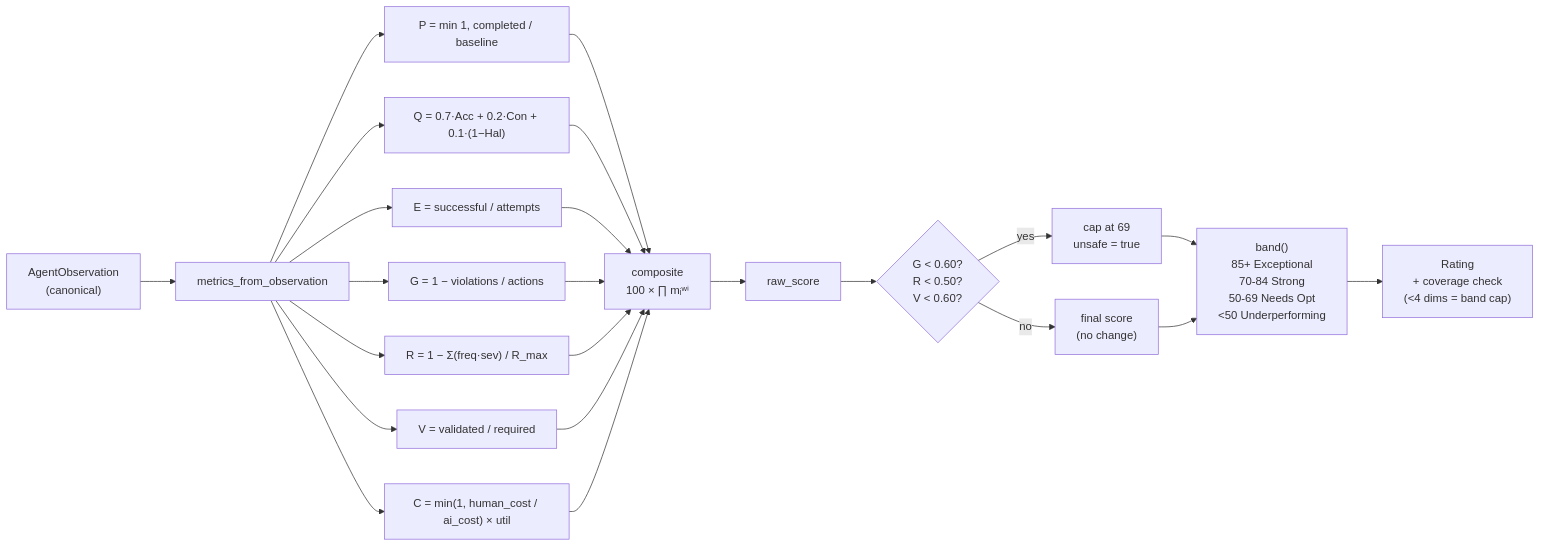
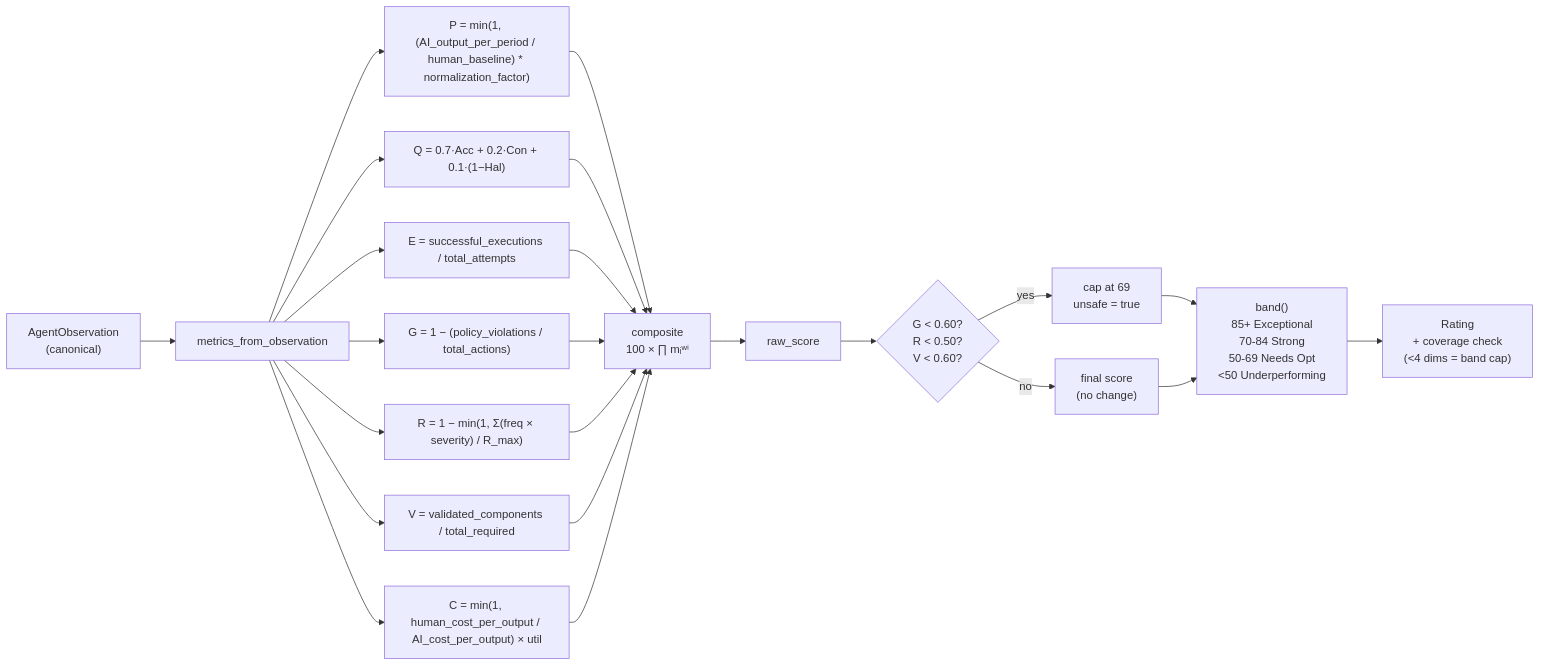
One commit to phanindraintelligenzit-afk/widget changed the fourth of 6 diagrams in README.md. Above: the diagram before and after it, drawn with Mermaid. The commit also changed other lines of this file and 11 other files, not shown here.

````diff
--- a/README.md
+++ b/README.md
@@ -467,31 +467,31 @@
 ```mermaid
 flowchart LR
     Obs["AgentObservation<br/>(canonical)"] --> Pull["metrics_from_observation"]
 
-    Pull --> P["P = min 1, completed / baseline"]
+    Pull --> P["P = min(1, (AI_output_per_period / human_baseline) * normalization_factor)"]
     Pull --> Q["Q = 0.7·Acc + 0.2·Con + 0.1·(1−Hal)"]
-    Pull --> E["E = successful / attempts"]
-    Pull --> G["G = 1 − violations / actions"]
-    Pull --> R["R = 1 − Σ(freq·sev) / R_max"]
-    Pull --> V["V = validated / required"]
-    Pull --> C["C = min(1, human_cost / ai_cost) × util"]
+    Pull --> E["E = successful_executions / total_attempts"]
+    Pull --> G["G = 1 − (policy_violations / total_actions)"]
+    Pull --> R["R = 1 − min(1, Σ(freq × severity) / R_max)"]
+    Pull --> V["V = validated_components / total_required"]
+    Pull --> C["C = min(1, human_cost_per_output / AI_cost_per_output) × util"]
 
     P --> GM
     Q --> GM
     E --> GM
     G --> GM
     R --> GM
     V --> GM
     C --> GM
 
     GM["composite<br/>100 × ∏ mᵢʷⁱ"] --> Raw["raw_score"]
 
     Raw --> Gate{"G < 0.60?<br/>R < 0.50?<br/>V < 0.60?"}
     Gate -->|no| Final["final score<br/>(no change)"]
     Gate -->|yes| Cap["cap at 69<br/>unsafe = true"]
 
     Cap --> Band
     Final --> Band["band()<br/>85+ Exceptional<br/>70-84 Strong<br/>50-69 Needs Opt<br/><50 Underperforming"]
 
     Band --> Rating["Rating<br/>+ coverage check<br/>(<4 dims = band cap)"]
 ```
````
